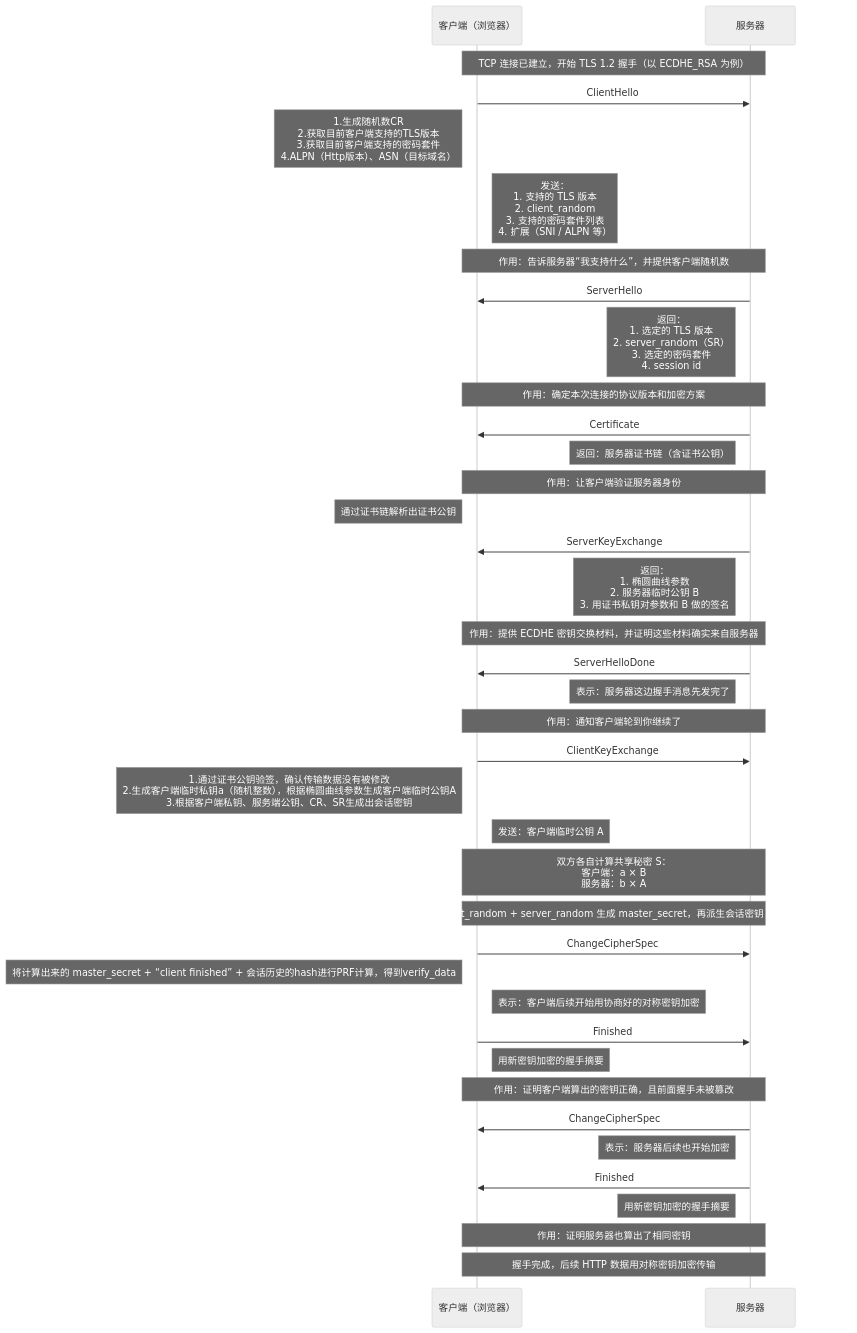
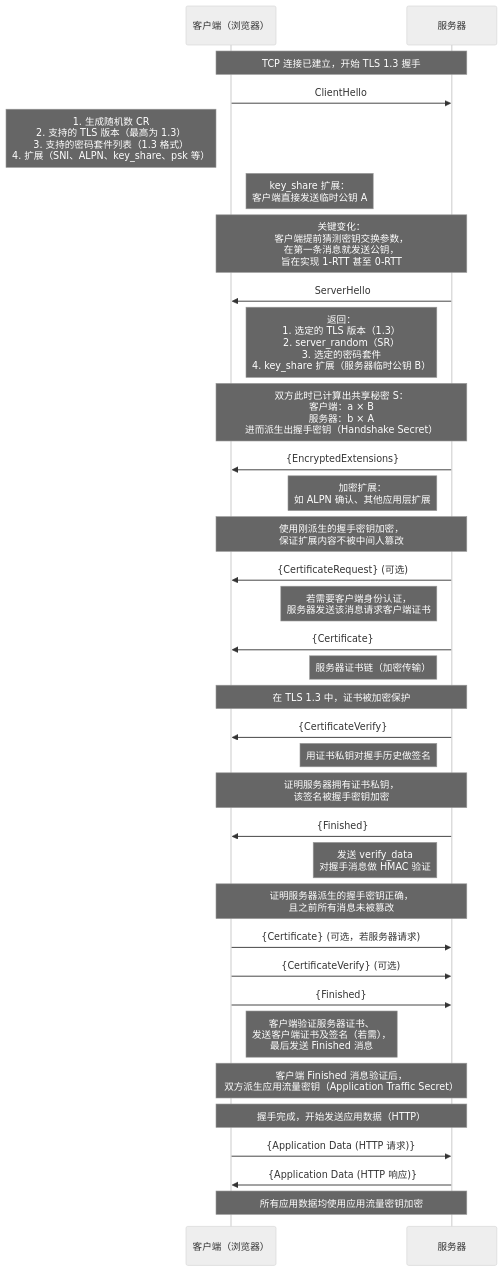
Before and after one commit to HY-10-8/iodraw-files: the diagram in all/未命名-3.md, drawn with Mermaid (neutral theme).

Commit message:
2026-03-30 17:22:59 update

````diff
--- a/all/未命名-3.md
+++ b/all/未命名-3.md
@@ -1,53 +1,47 @@
 ```mermaid
 sequenceDiagram
     participant C as 客户端（浏览器）
     participant S as 服务器
 
-    Note over C,S: TCP 连接已建立，开始 TLS 1.2 握手（以 ECDHE_RSA 为例）
+    Note over C,S: TCP 连接已建立，开始 TLS 1.3 握手
 
     C->>S: ClientHello
-    Note left of C: 1.生成随机数CR<br/> 2.获取目前客户端支持的TLS版本<br/> 3.获取目前客户端支持的密码套件<br/> 4.ALPN（Http版本）、ASN（目标域名）
-    Note right of C: 发送：<br/>1. 支持的 TLS 版本<br/>2. client_random<br/>3. 支持的密码套件列表<br/>4. 扩展（SNI / ALPN 等）
-    Note over C,S: 作用：告诉服务器“我支持什么”，并提供客户端随机数
+    Note left of C: 1. 生成随机数 CR<br/> 2. 支持的 TLS 版本（最高为 1.3）<br/> 3. 支持的密码套件列表（1.3 格式）<br/> 4. 扩展（SNI、ALPN、key_share、psk 等）
+    Note right of C: key_share 扩展：<br/> 客户端直接发送临时公钥 A
+    Note over C,S: 关键变化：<br/> 客户端提前猜测密钥交换参数，<br/> 在第一条消息就发送公钥，<br/> 旨在实现 1-RTT 甚至 0-RTT
 
     S->>C: ServerHello
-    Note left of S: 返回：<br/>1. 选定的 TLS 版本<br/>2. server_random（SR）<br/>3. 选定的密码套件<br/>4. session id
-    Note over C,S: 作用：确定本次连接的协议版本和加密方案
+    Note left of S: 返回：<br/> 1. 选定的 TLS 版本（1.3）<br/> 2. server_random（SR）<br/> 3. 选定的密码套件<br/> 4. key_share 扩展（服务器临时公钥 B）
+    Note over C,S: 双方此时已计算出共享秘密 S：<br/> 客户端：a × B<br/> 服务器：b × A<br/> 进而派生出握手密钥（Handshake Secret）
 
-    S->>C: Certificate
-    Note left of S: 返回：服务器证书链（含证书公钥）
-    Note over C,S: 作用：让客户端验证服务器身份
-    Note left of C: 通过证书链解析出证书公钥
+    S->>C: {EncryptedExtensions}
+    Note left of S: 加密扩展：<br/> 如 ALPN 确认、其他应用层扩展
+    Note over C,S: 使用刚派生的握手密钥加密，<br/> 保证扩展内容不被中间人篡改
 
-    S->>C: ServerKeyExchange
-    Note left of S: 返回：<br/>1. 椭圆曲线参数<br/>2. 服务器临时公钥 B<br/>3. 用证书私钥对参数和 B 做的签名
-    Note over C,S: 作用：提供 ECDHE 密钥交换材料，并证明这些材料确实来自服务器
+    S->>C: {CertificateRequest} (可选)
+    Note left of S: 若需要客户端身份认证，<br/> 服务器发送该消息请求客户端证书
 
-    S->>C: ServerHelloDone
-    Note left of S: 表示：服务器这边握手消息先发完了
-    Note over C,S: 作用：通知客户端轮到你继续了
+    S->>C: {Certificate}
+    Note left of S: 服务器证书链（加密传输）
+    Note over C,S: 在 TLS 1.3 中，证书被加密保护
 
-    C->>S: ClientKeyExchange
-    Note left of C: 1.通过证书公钥验签，确认传输数据没有被修改<br/> 2.生成客户端临时私钥a（随机整数），根据椭圆曲线参数生成客户端临时公钥A<br/> 3.根据客户端私钥、服务端公钥、CR、SR生成出会话密钥
-    Note right of C: 发送：客户端临时公钥 A
-    Note over C,S: 双方各自计算共享秘密 S：<br/>客户端：a × B<br/>服务器：b × A
+    S->>C: {CertificateVerify}
+    Note left of S: 用证书私钥对握手历史做签名
+    Note over C,S: 证明服务器拥有证书私钥，<br/> 该签名被握手密钥加密
 
-    Note over C,S: 双方再用 S + client_random + server_random 生成 master_secret，再派生会话密钥（master_secret）
+    S->>C: {Finished}
+    Note left of S: 发送 verify_data<br/> 对握手消息做 HMAC 验证
+    Note over C,S: 证明服务器派生的握手密钥正确，<br/> 且之前所有消息未被篡改
 
-    C->>S: ChangeCipherSpec
-    Note left of C: 将计算出来的 master_secret + “client finished” + 会话历史的hash进行PRF计算，得到verify_data
-    Note right of C: 表示：客户端后续开始用协商好的对称密钥加密
+    C->>S: {Certificate} (可选，若服务器请求)
+    C->>S: {CertificateVerify} (可选)
+    C->>S: {Finished}
+    Note right of C: 客户端验证服务器证书、<br/> 发送客户端证书及签名（若需），<br/> 最后发送 Finished 消息
+    Note over C,S: 客户端 Finished 消息验证后，<br/> 双方派生应用流量密钥（Application Traffic Secret）
 
-    C->>S: Finished
-    Note right of C: 用新密钥加密的握手摘要
-    Note over C,S: 作用：证明客户端算出的密钥正确，且前面握手未被篡改
+    Note over C,S: 握手完成，开始发送应用数据（HTTP）
 
-    S->>C: ChangeCipherSpec
-    Note left of S: 表示：服务器后续也开始加密
-
-    S->>C: Finished
-    Note left of S: 用新密钥加密的握手摘要
-    Note over C,S: 作用：证明服务器也算出了相同密钥
-
-    Note over C,S: 握手完成，后续 HTTP 数据用对称密钥加密传输
+    C->>S: {Application Data (HTTP 请求)}
+    S->>C: {Application Data (HTTP 响应)}
+    Note over C,S: 所有应用数据均使用应用流量密钥加密
 ```
````
